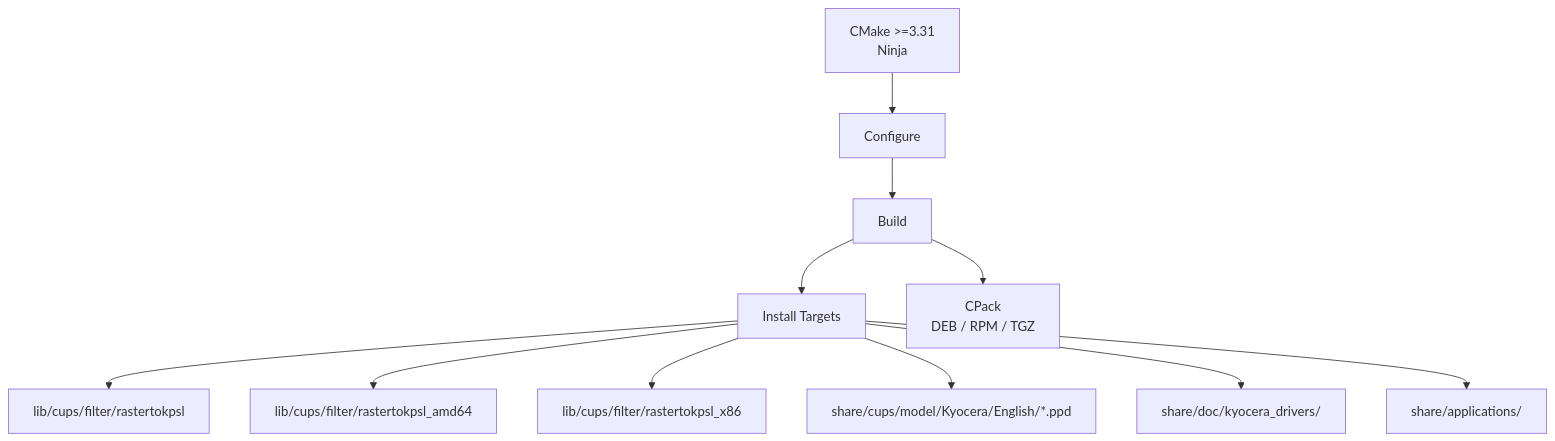
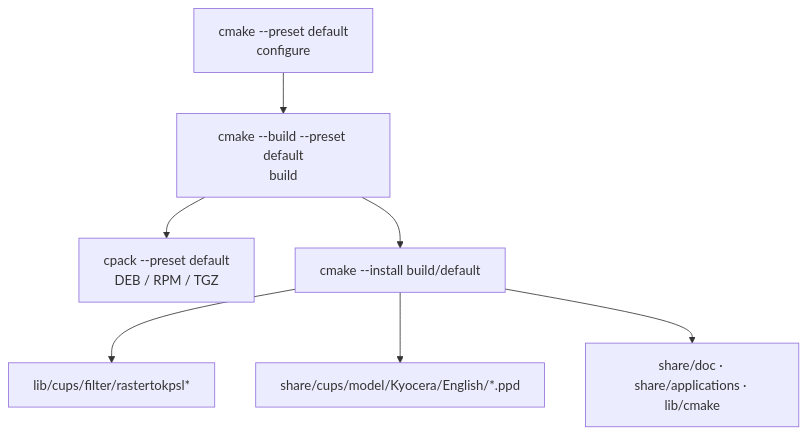
The second of 2 diagrams in readme.md (e-gleba/kyocera-drivers), drawn with Mermaid before and after one commit. The commit also changed other lines of this file, not shown here.

First line of the commit message:
docs(readme): align commands with CMake presets, restructure for clarity

````diff
--- a/readme.md
+++ b/readme.md
@@ -166,13 +204,9 @@
 ```mermaid
 flowchart TD
-    A[CMake >=3.31<br>Ninja] --> B[Configure]
-    B --> C[Build]
-    C --> D[Install Targets]
-    D --> E[lib/cups/filter/rastertokpsl]
-    D --> F[lib/cups/filter/rastertokpsl_amd64]
-    D --> G[lib/cups/filter/rastertokpsl_x86]
-    D --> H[share/cups/model/Kyocera/English/*.ppd]
-    D --> I[share/doc/kyocera_drivers/]
-    D --> J[share/applications/]
-    C --> K[CPack<br>DEB / RPM / TGZ]
+    A[cmake --preset default<br>configure] --> B[cmake --build --preset default<br>build]
+    B --> C[cpack --preset default<br>DEB / RPM / TGZ]
+    B --> D[cmake --install build/default]
+    D --> E[lib/cups/filter/rastertokpsl*]
+    D --> F[share/cups/model/Kyocera/English/*.ppd]
+    D --> G[share/doc · share/applications · lib/cmake]
 ```
````
